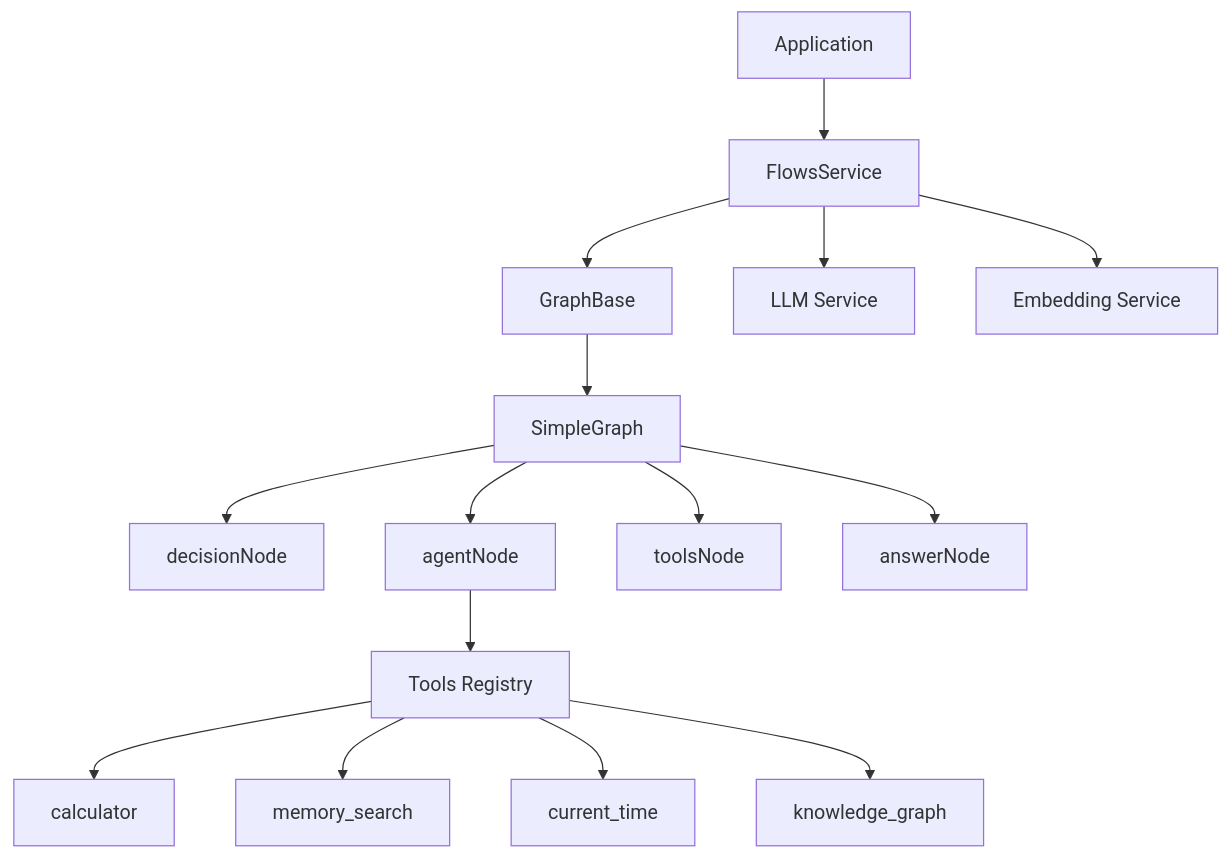
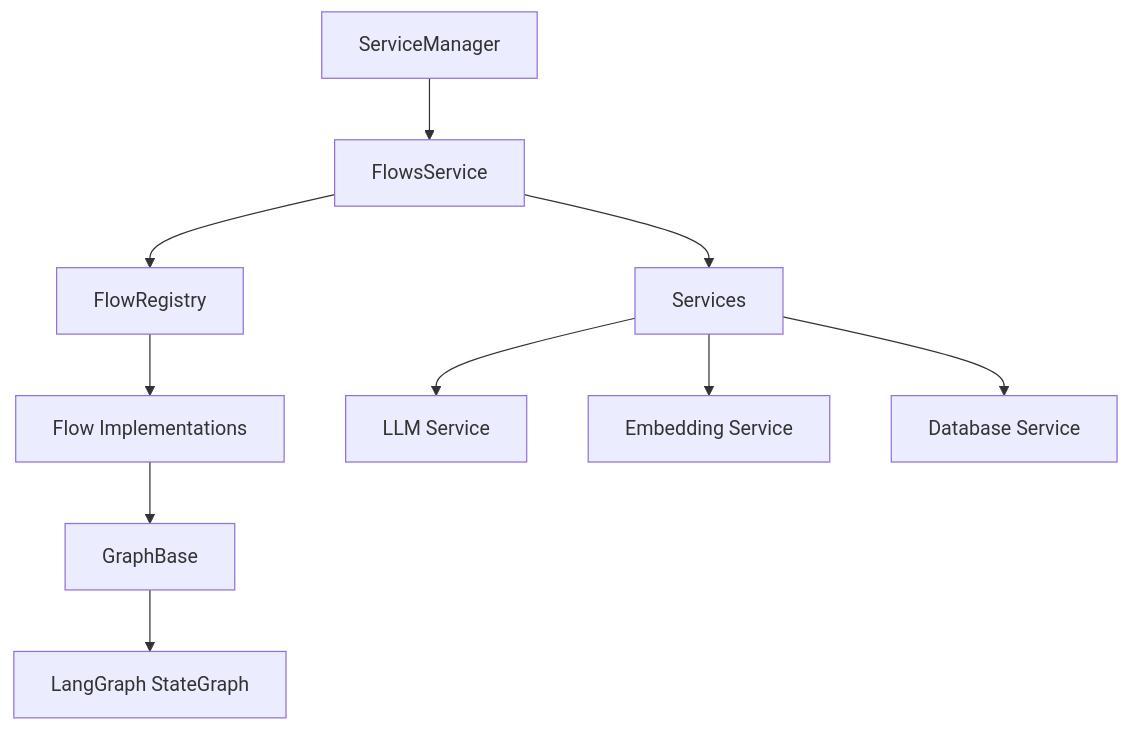
The diagram in docs/flows-service.md (zrg-team/memorall), drawn with Mermaid before and after one commit. The commit also changed other lines of this file and 27 other files, not shown here.

````diff
--- a/docs/flows-service.md
+++ b/docs/flows-service.md
@@ -9,19 +9,13 @@
 ```mermaid
 graph TD
-    A[Application] --> B[FlowsService]
-    B --> C[GraphBase]
-    C --> D[SimpleGraph]
-    D --> E[decisionNode]
-    D --> F[agentNode]
-    D --> G[toolsNode]
-    D --> H[answerNode]
+    A[ServiceManager] --> B[FlowsService]
+    B --> C[FlowRegistry]
+    C --> D[Flow Implementations]
+    D --> E[GraphBase]
+    E --> F[LangGraph StateGraph]
 
-    F --> I[Tools Registry]
-    I --> J[calculator]
-    I --> K[memory_search]
-    I --> L[current_time]
-    I --> M[knowledge_graph]
-
-    B --> N[LLM Service]
-    B --> O[Embedding Service]
+    B --> G[Services]
+    G --> H[LLM Service]
+    G --> I[Embedding Service]
+    G --> J[Database Service]
 ```
````
